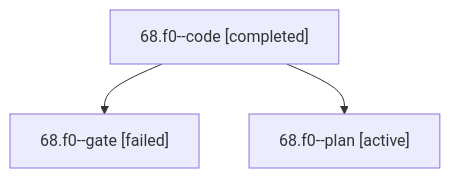
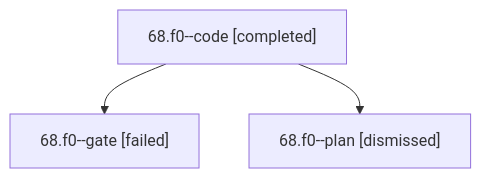
The diagram in sessions/bbugyi200.apollo.68.f0.md (bobs-org/bob-cli--agents), drawn with Mermaid before and after one commit. The commit also changed other lines of this file and 19 other files, not shown here.

````diff
--- a/sessions/bbugyi200.apollo.68.f0.md
+++ b/sessions/bbugyi200.apollo.68.f0.md
@@ -9,8 +9,8 @@
 ```mermaid
 flowchart TD
   n0["68.f0--code [completed]"]
   n1["68.f0--gate [failed]"]
   n0 --> n1
-  n2["68.f0--plan [active]"]
+  n2["68.f0--plan [dismissed]"]
   n0 --> n2
 ```
````
